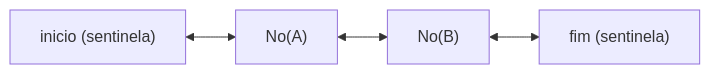
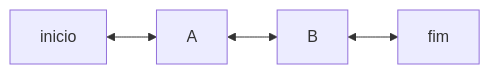
One commit to Lip3Bazinga/v0-level-usp-project changed the first of 2 diagrams in content/cursos/n3-estruturas-de-dados-e-algoritmos/05-estruturas-lineares/04-listas-duplamente-ligadas-e-lru.lvl.md. Above: the diagram before and after it, drawn with Mermaid. The commit also changed other lines of this file and 3 other files, not shown here.

````diff
--- a/content/cursos/n3-estruturas-de-dados-e-algoritmos/05-estruturas-lineares/04-listas-duplamente-ligadas-e-lru.lvl.md
+++ b/content/cursos/n3-estruturas-de-dados-e-algoritmos/05-estruturas-lineares/04-listas-duplamente-ligadas-e-lru.lvl.md
@@ -34,6 +28,6 @@
 ```mermaid
 flowchart LR
-    S["inicio (sentinela)"] <--> N1["No(A)"]
-    N1 <--> N2["No(B)"]
-    N2 <--> E["fim (sentinela)"]
+    I[inicio] <--> A["A"]
+    A <--> B["B"]
+    B <--> F[fim]
 ```
````
